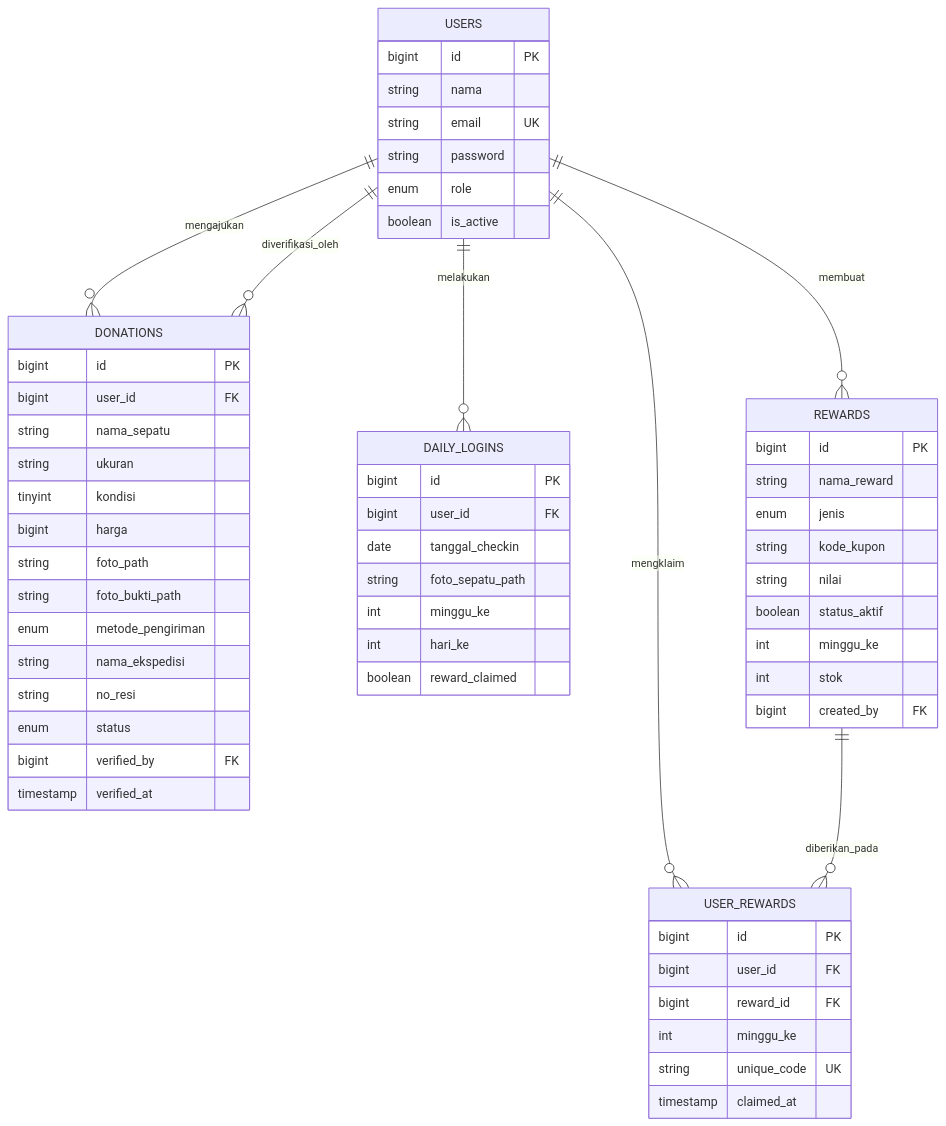
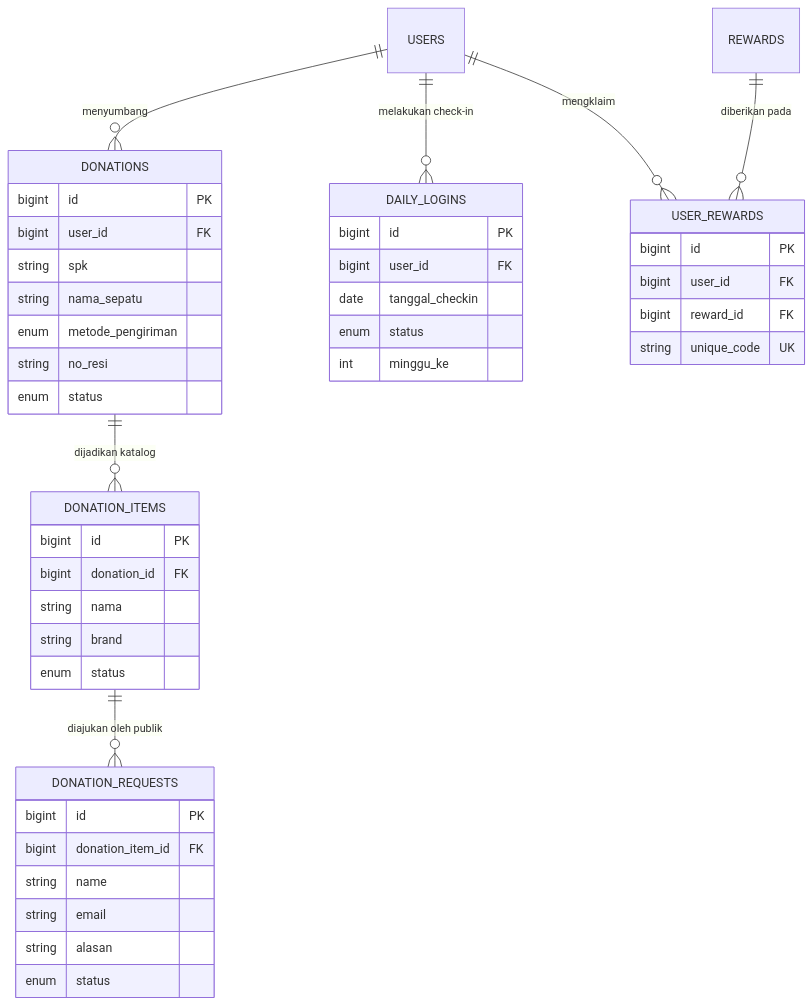
Before and after one commit to SidikWaluyaa/PortofolioShoeWorkshop: the diagram in PRD.md, drawn with Mermaid. The commit also changed other lines of this file and 50 other files, not shown here.

````diff
--- a/PRD.md
+++ b/PRD.md
@@ -158,67 +125,52 @@
 ```mermaid
 erDiagram
-    USERS ||--o{ DONATIONS : "mengajukan"
-    USERS ||--o{ DAILY_LOGINS : "melakukan"
+    USERS ||--o{ DONATIONS : "menyumbang"
+    DONATIONS ||--o{ DONATION_ITEMS : "dijadikan katalog"
+    DONATION_ITEMS ||--o{ DONATION_REQUESTS : "diajukan oleh publik"
+    
+    USERS ||--o{ DAILY_LOGINS : "melakukan check-in"
     USERS ||--o{ USER_REWARDS : "mengklaim"
-    USERS ||--o{ REWARDS : "membuat"
-
-    DONATIONS }o--|| USERS : "diverifikasi_oleh"
-    REWARDS ||--o{ USER_REWARDS : "diberikan_pada"
-
-    USERS {
-        bigint id PK
-        string nama
-        string email UK
-        string password
-        enum role
-        boolean is_active
-    }
+    REWARDS ||--o{ USER_REWARDS : "diberikan pada"
 
     DONATIONS {
         bigint id PK
         bigint user_id FK
+        string spk
         string nama_sepatu
-        string ukuran
-        tinyint kondisi
-        bigint harga
-        string foto_path
-        string foto_bukti_path
         enum metode_pengiriman
-        string nama_ekspedisi
         string no_resi
         enum status
-        bigint verified_by FK
-        timestamp verified_at
+    }
+
+    DONATION_ITEMS {
+        bigint id PK
+        bigint donation_id FK
+        string nama
+        string brand
+        enum status
+    }
+
+    DONATION_REQUESTS {
+        bigint id PK
+        bigint donation_item_id FK
+        string name
+        string email
+        string alasan
+        enum status
     }
 
     DAILY_LOGINS {
         bigint id PK
         bigint user_id FK
         date tanggal_checkin
-        string foto_sepatu_path
+        enum status
         int minggu_ke
-        int hari_ke
-        boolean reward_claimed
-    }
-
-    REWARDS {
-        bigint id PK
-        string nama_reward
-        enum jenis
-        string kode_kupon
-        string nilai
-        boolean status_aktif
-        int minggu_ke
-        int stok
-        bigint created_by FK
     }
 
     USER_REWARDS {
         bigint id PK
         bigint user_id FK
         bigint reward_id FK
-        int minggu_ke
         string unique_code UK
-        timestamp claimed_at
     }
 ```
````
